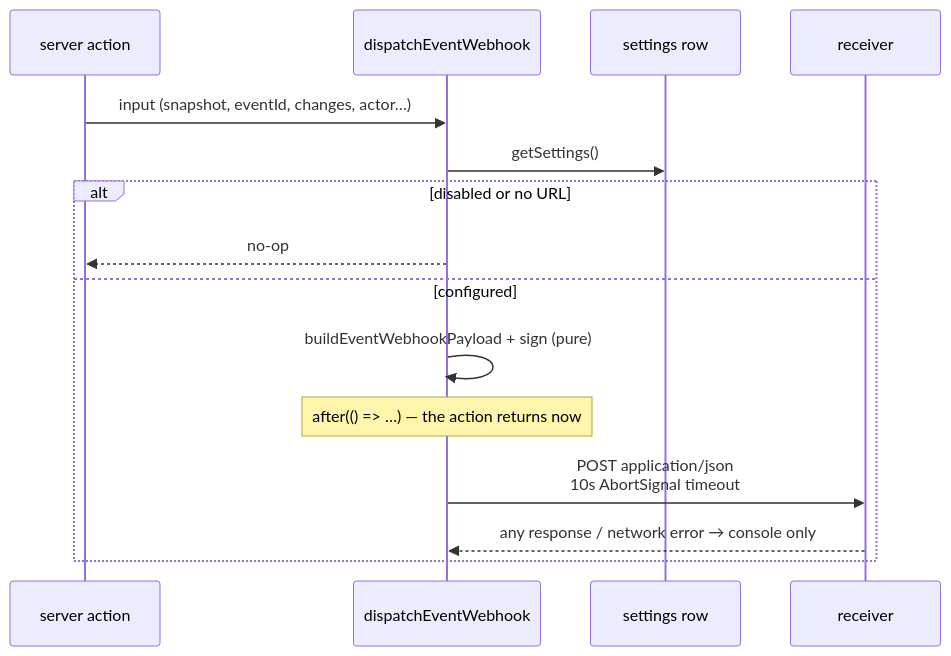
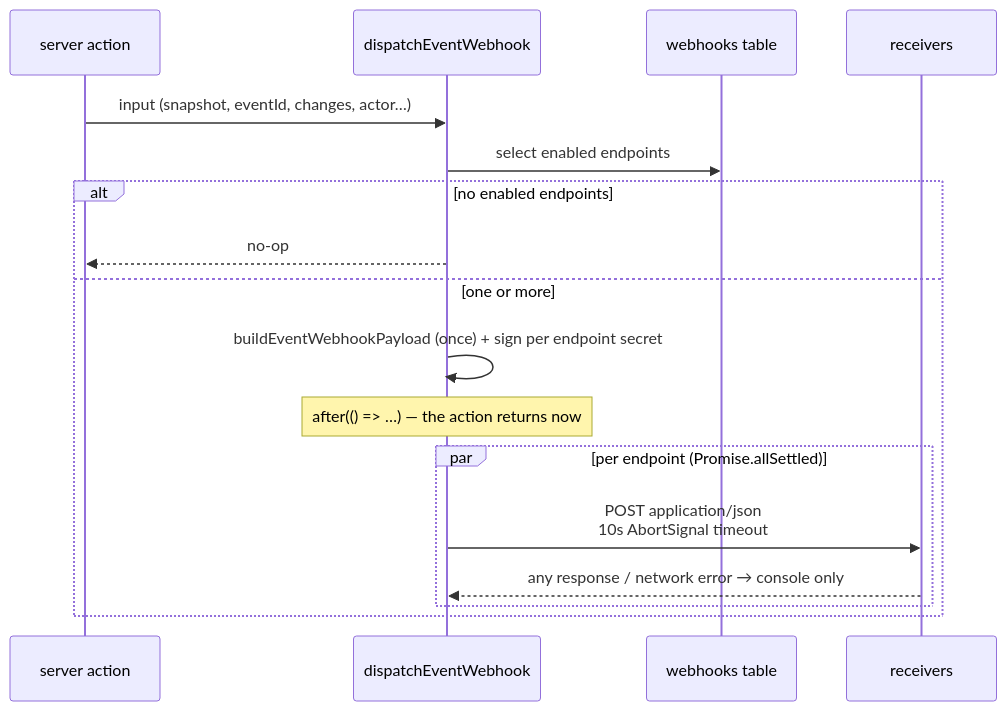
Before and after one commit to oncloudnintynineone-source/cloudy2: the second of 2 diagrams in docs/webhooks.md, drawn with Mermaid. The commit also changed other lines of this file and 28 other files, not shown here.

````diff
--- a/docs/webhooks.md
+++ b/docs/webhooks.md
@@ -122,17 +128,19 @@
 ```mermaid
 sequenceDiagram
     participant A as server action
     participant W as dispatchEventWebhook
-    participant S as settings row
-    participant R as receiver
+    participant D as webhooks table
+    participant R as receivers
     A->>W: input (snapshot, eventId, changes, actor…)
-    W->>S: getSettings()
-    alt disabled or no URL
+    W->>D: select enabled endpoints
+    alt no enabled endpoints
         W-->>A: no-op
-    else configured
-        W->>W: buildEventWebhookPayload + sign (pure)
+    else one or more
+        W->>W: buildEventWebhookPayload (once) + sign per endpoint secret
         Note over W: after(() => …) — the action returns now
-        W->>R: POST application/json<br/>10s AbortSignal timeout
-        R-->>W: any response / network error → console only
+        par per endpoint (Promise.allSettled)
+            W->>R: POST application/json<br/>10s AbortSignal timeout
+            R-->>W: any response / network error → console only
+        end
     end
 ```
````
